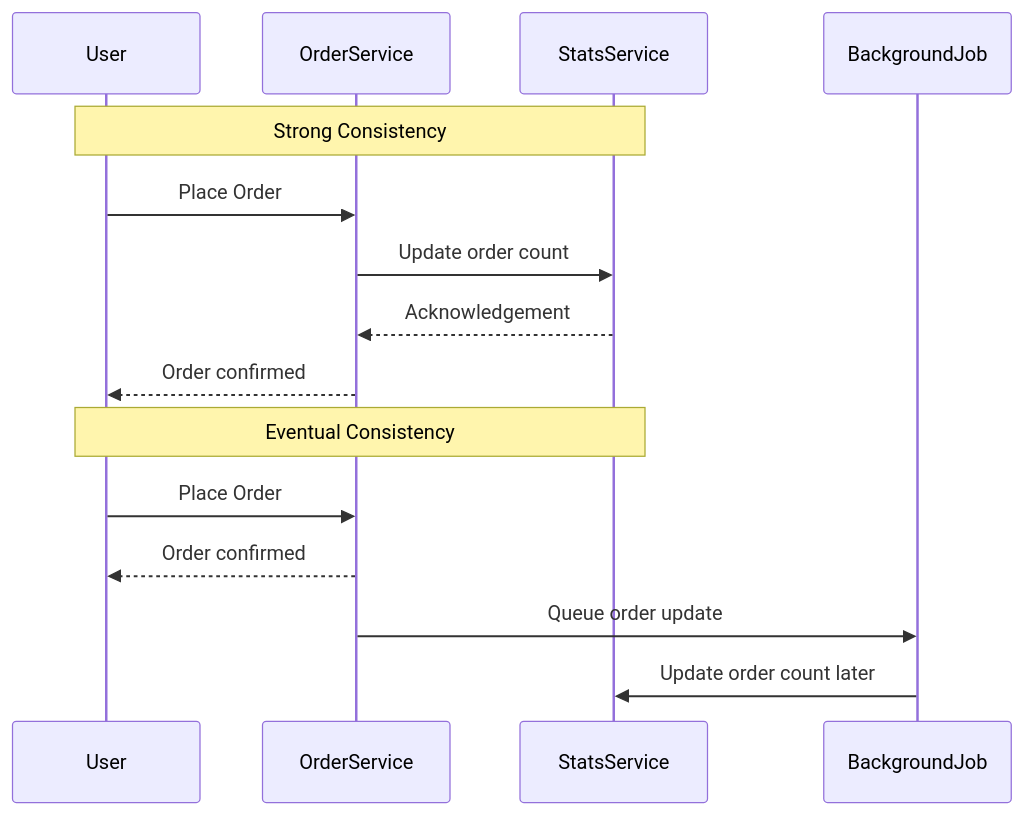
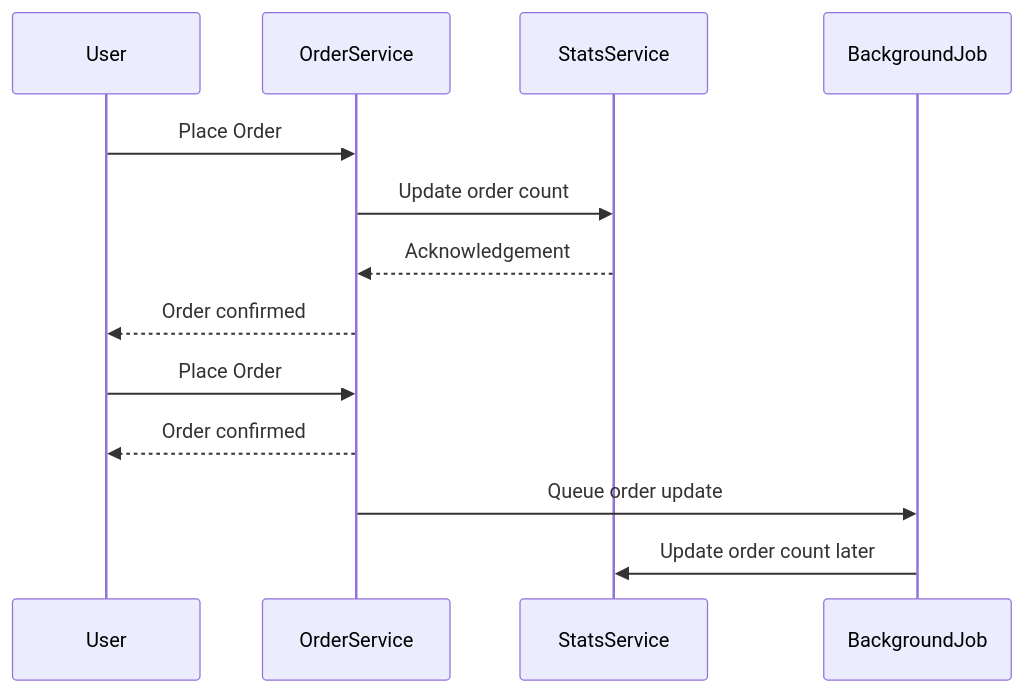
The diagram in high-level-design/notes/Eventual Consistency in Distributed Systems.md (arorabharat/Leetcode), drawn with Mermaid before and after one commit.

Commit message:
Fixed Diargam

````diff
--- a/high-level-design/notes/Eventual Consistency in Distributed Systems.md
+++ b/high-level-design/notes/Eventual Consistency in Distributed Systems.md
@@ -85,18 +85,20 @@
 ```mermaid
 sequenceDiagram
     participant User
     participant OrderService
     participant StatsService
+    participant BackgroundJob
 
-    Note over User, StatsService: Strong Consistency
+    %% Strong Consistency Flow
     User->>OrderService: Place Order
     OrderService->>StatsService: Update order count
     StatsService-->>OrderService: Acknowledgement
     OrderService-->>User: Order confirmed
 
-    Note over User, StatsService: Eventual Consistency
+    %% Eventual Consistency Flow
     User->>OrderService: Place Order
     OrderService-->>User: Order confirmed
     OrderService->>BackgroundJob: Queue order update
     BackgroundJob->>StatsService: Update order count later
+
 ```
````
